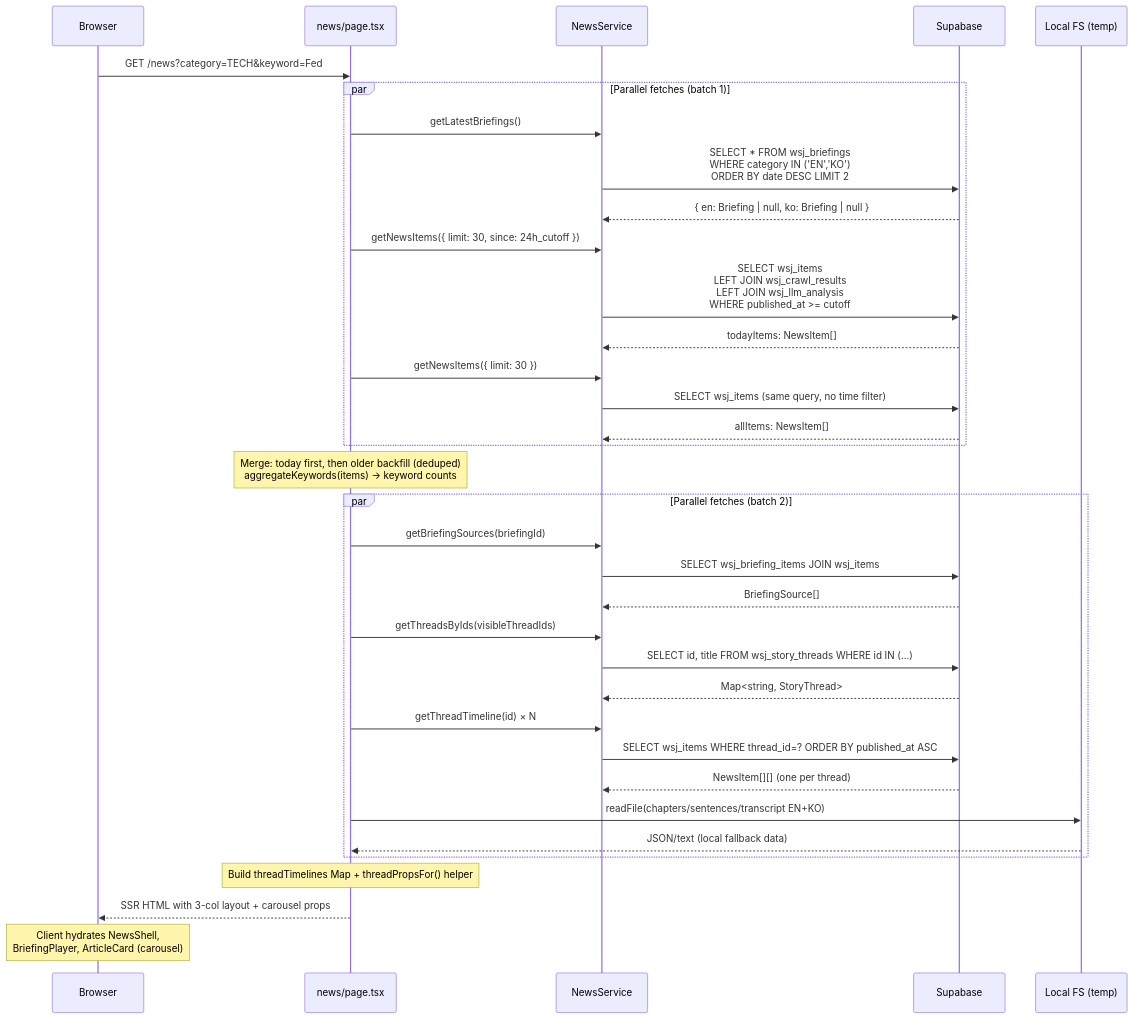
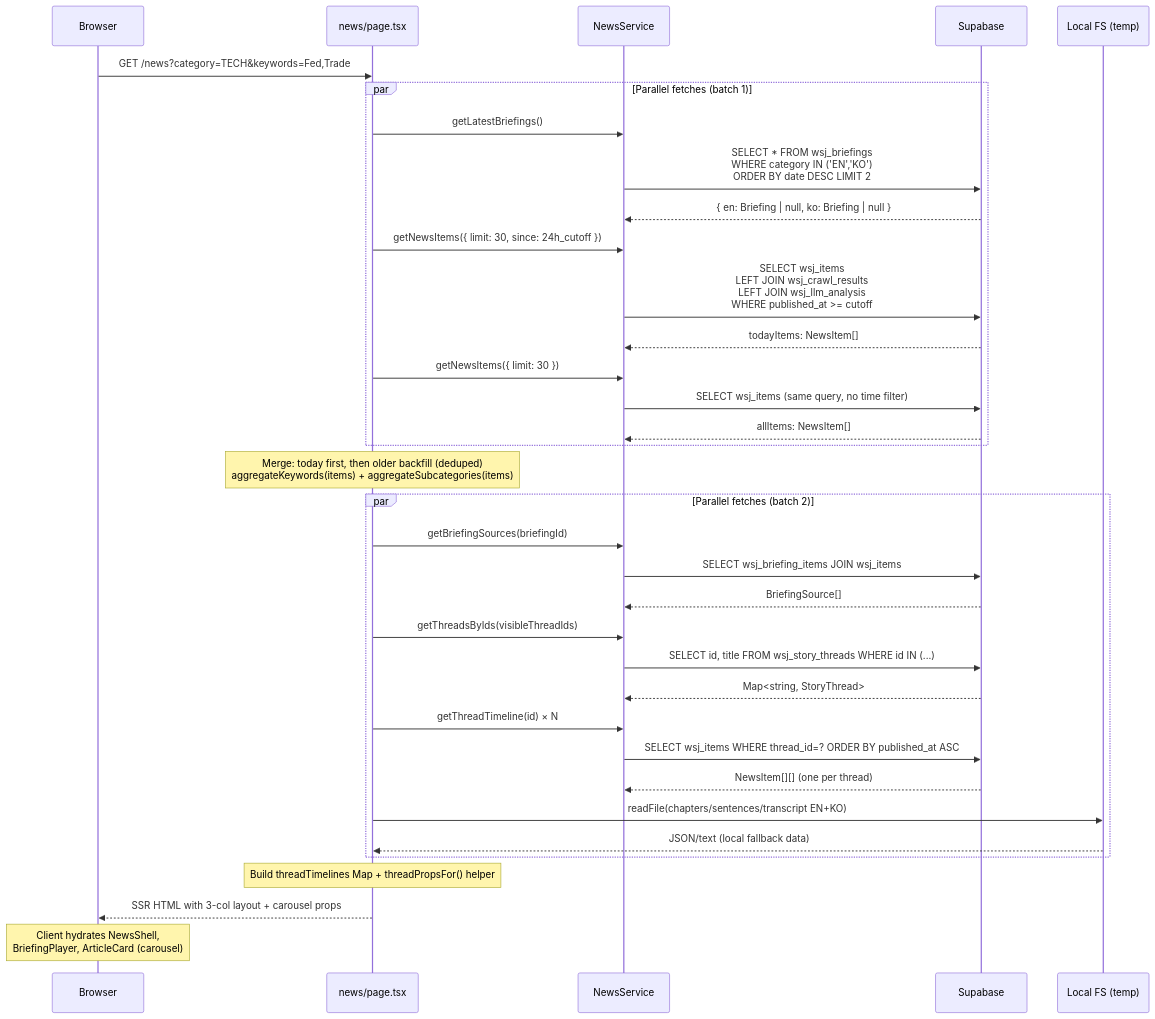
The third of 6 diagrams in docs/4-news-frontend.md (choym92/araverus), drawn with Mermaid before and after one commit. The commit also changed other lines of this file and 6 other files, not shown here.

````diff
--- a/docs/4-news-frontend.md
+++ b/docs/4-news-frontend.md
@@ -168,48 +168,48 @@
 ```mermaid
 sequenceDiagram
     participant Browser
     participant Page as news/page.tsx
     participant Svc as NewsService
     participant DB as Supabase
     participant FS as Local FS (temp)
 
-    Browser->>Page: GET /news?category=TECH&keyword=Fed
+    Browser->>Page: GET /news?category=TECH&keywords=Fed,Trade
 
     par Parallel fetches (batch 1)
         Page->>Svc: getLatestBriefings()
         Svc->>DB: SELECT * FROM wsj_briefings<br/>WHERE category IN ('EN','KO')<br/>ORDER BY date DESC LIMIT 2
         DB-->>Svc: { en: Briefing | null, ko: Briefing | null }
 
         Page->>Svc: getNewsItems({ limit: 30, since: 24h_cutoff })
         Svc->>DB: SELECT wsj_items<br/>LEFT JOIN wsj_crawl_results<br/>LEFT JOIN wsj_llm_analysis<br/>WHERE published_at >= cutoff
         DB-->>Svc: todayItems: NewsItem[]
 
         Page->>Svc: getNewsItems({ limit: 30 })
         Svc->>DB: SELECT wsj_items (same query, no time filter)
         DB-->>Svc: allItems: NewsItem[]
     end
 
-    Note over Page: Merge: today first, then older backfill (deduped)<br/>aggregateKeywords(items) → keyword counts
+    Note over Page: Merge: today first, then older backfill (deduped)<br/>aggregateKeywords(items) + aggregateSubcategories(items)
 
     par Parallel fetches (batch 2)
         Page->>Svc: getBriefingSources(briefingId)
         Svc->>DB: SELECT wsj_briefing_items JOIN wsj_items
         DB-->>Svc: BriefingSource[]
 
         Page->>Svc: getThreadsByIds(visibleThreadIds)
         Svc->>DB: SELECT id, title FROM wsj_story_threads WHERE id IN (...)
         DB-->>Svc: Map<string, StoryThread>
 
         Page->>Svc: getThreadTimeline(id) × N
         Svc->>DB: SELECT wsj_items WHERE thread_id=? ORDER BY published_at ASC
         DB-->>Svc: NewsItem[][] (one per thread)
 
         Page->>FS: readFile(chapters/sentences/transcript EN+KO)
         FS-->>Page: JSON/text (local fallback data)
     end
 
     Note over Page: Build threadTimelines Map + threadPropsFor() helper
 
     Page-->>Browser: SSR HTML with 3-col layout + carousel props
     Note over Browser: Client hydrates NewsShell,<br/>BriefingPlayer, ArticleCard (carousel)
 ```
````
